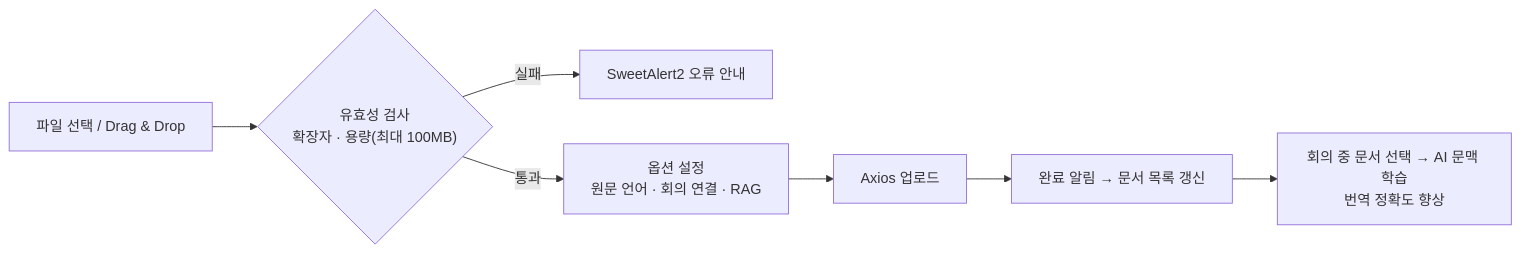
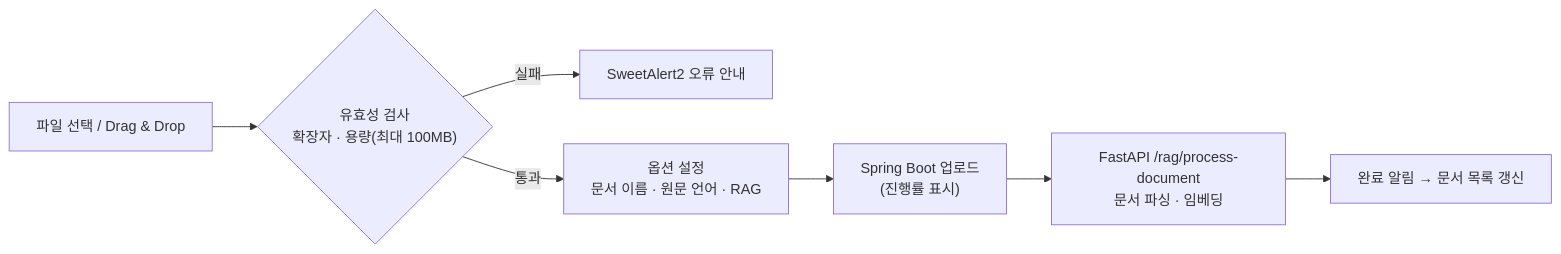
The fifth of 5 diagrams in README.md (jingeunlee4559/talaria-frontend), drawn with Mermaid before and after one commit. The commit also changed other lines of this file, not shown here.

````diff
--- a/README.md
+++ b/README.md
@@ -333,9 +369,9 @@
 ```mermaid
 flowchart LR
     U["파일 선택 / Drag & Drop"] --> V{"유효성 검사<br/>확장자 · 용량(최대 100MB)"}
     V -- 실패 --> E["SweetAlert2 오류 안내"]
-    V -- 통과 --> O["옵션 설정<br/>원문 언어 · 회의 연결 · RAG"]
-    O --> API["Axios 업로드"]
-    API --> OK["완료 알림 → 문서 목록 갱신"]
-    OK --> S["회의 중 문서 선택 → AI 문맥 학습<br/>번역 정확도 향상"]
+    V -- 통과 --> O["옵션 설정<br/>문서 이름 · 원문 언어 · RAG"]
+    O --> API["Spring Boot 업로드<br/>(진행률 표시)"]
+    API --> R["FastAPI /rag/process-document<br/>문서 파싱 · 임베딩"]
+    R --> OK["완료 알림 → 문서 목록 갱신"]
 ```
````
